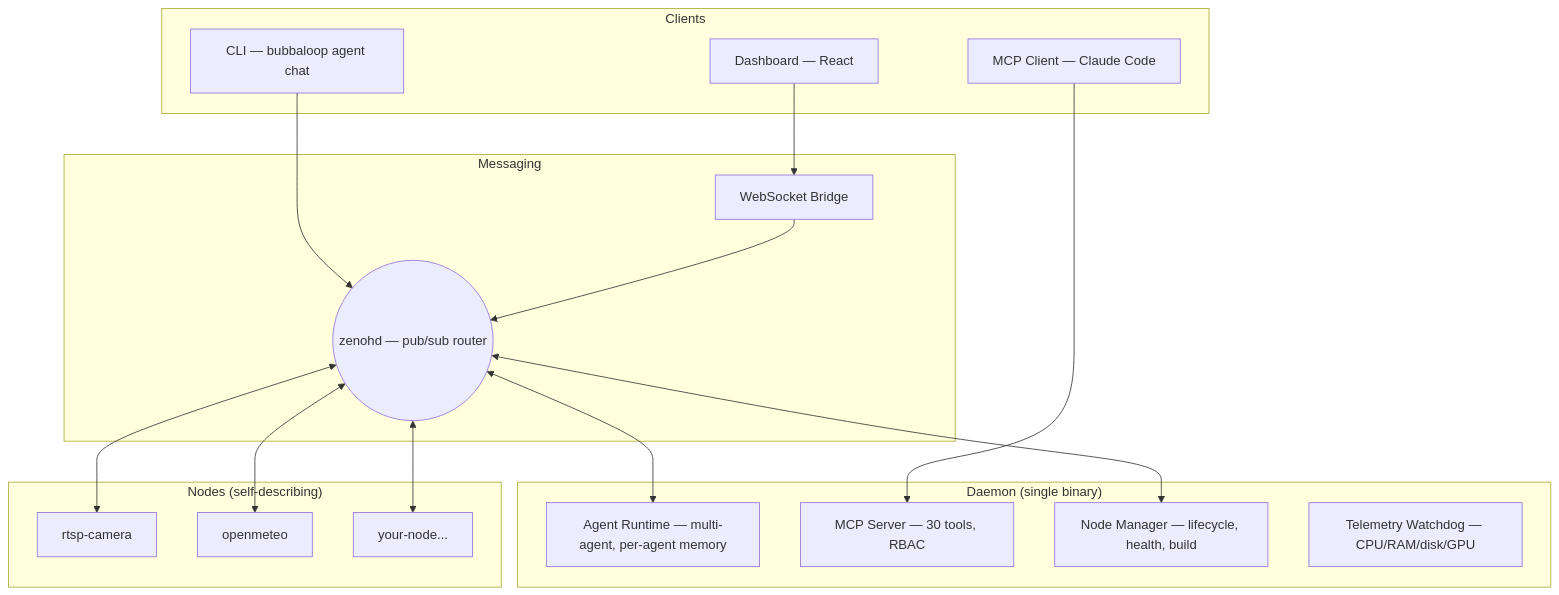
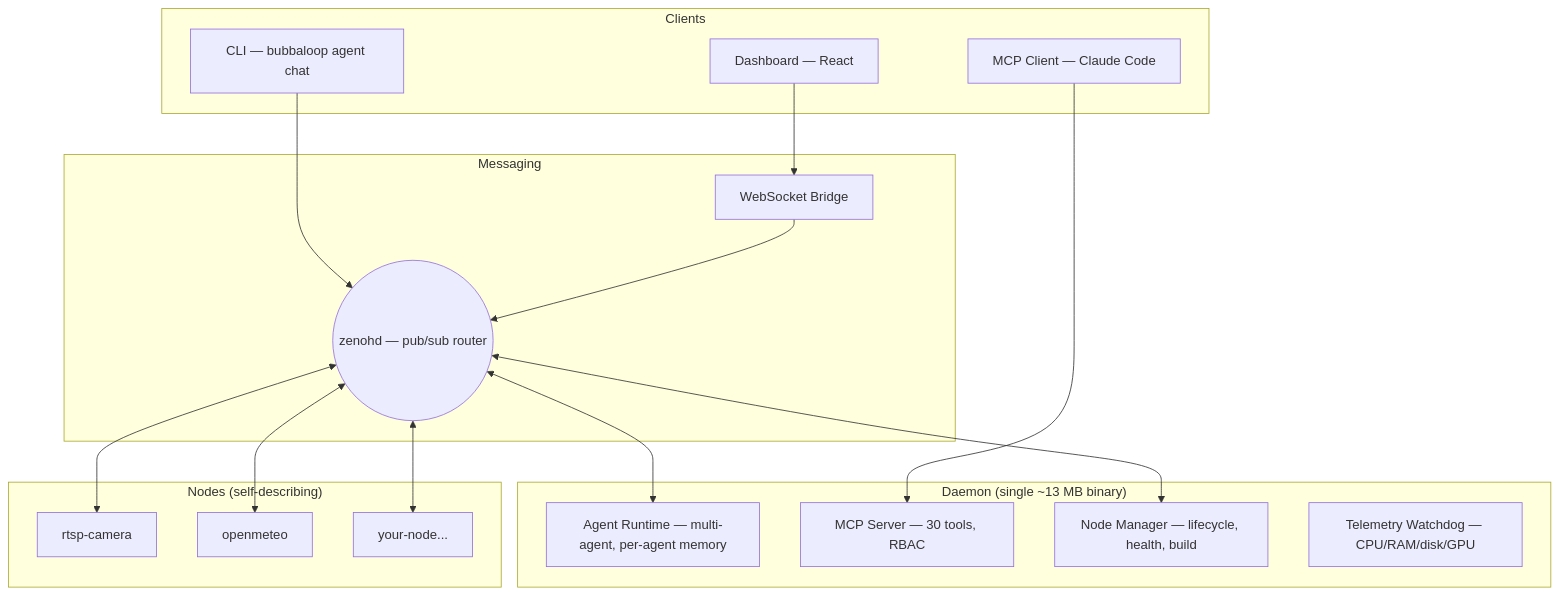
The diagram in docs/index.md (kornia/bubbaloop), drawn with Mermaid before and after one commit. The commit also changed other lines of this file and 7 other files, not shown here.

````diff
--- a/docs/index.md
+++ b/docs/index.md
@@ -18,35 +94,35 @@
 ```mermaid
 flowchart TB
     subgraph Clients
         cli["CLI — bubbaloop agent chat"]
         mcp_client["MCP Client — Claude Code"]
         dash["Dashboard — React"]
     end
 
-    subgraph "Daemon (single binary)"
+    subgraph "Daemon (single ~13 MB binary)"
         runtime["Agent Runtime — multi-agent, per-agent memory"]
         mcp["MCP Server — 30 tools, RBAC"]
         nm["Node Manager — lifecycle, health, build"]
         watchdog["Telemetry Watchdog — CPU/RAM/disk/GPU"]
     end
 
     subgraph Messaging
         zenohd(("zenohd — pub/sub router"))
         bridge["WebSocket Bridge"]
     end
 
     subgraph "Nodes (self-describing)"
         cam["rtsp-camera"]
         weather["openmeteo"]
         custom["your-node..."]
     end
 
     cli --> zenohd
     mcp_client --> mcp
     dash --> bridge --> zenohd
     zenohd <--> runtime
     zenohd <--> nm
     zenohd <--> cam
     zenohd <--> weather
     zenohd <--> custom
 ```
````
